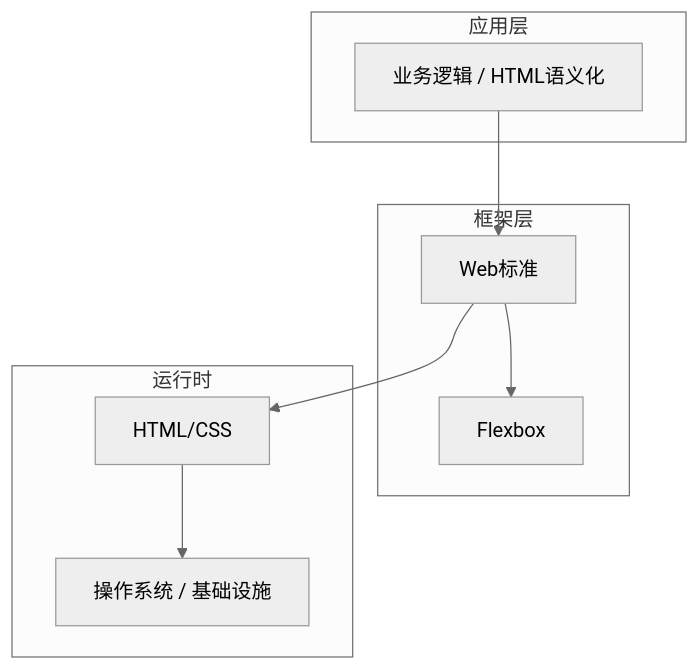
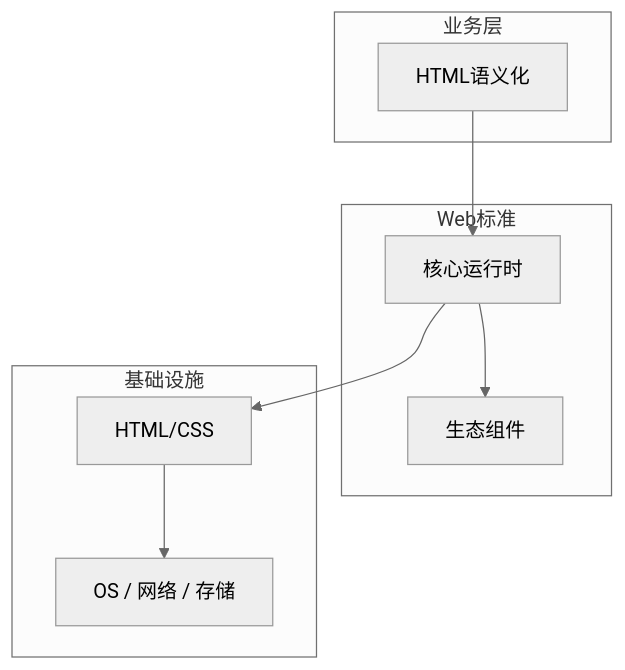
One commit to yanggan2015/knowledge-json-v2 changed the diagram in articles/HTML与CSS/chapters/009-HTML语义化核心概念与原理.md. Above: the diagram before and after it, drawn with Mermaid (neutral theme). The commit also changed other lines of this file and 10127 other files, not shown here.

````diff
--- a/articles/HTML与CSS/chapters/009-HTML语义化核心概念与原理.md
+++ b/articles/HTML与CSS/chapters/009-HTML语义化核心概念与原理.md
@@ -45,18 +34,18 @@
 ```mermaid
 graph TB
-    subgraph 应用层
-        A[业务逻辑 / HTML语义化]
+    subgraph 业务层
+        A[HTML语义化]
     end
-    subgraph 框架层
-        B[Web标准]
-        C[Flexbox]
+    subgraph Web标准
+        B[核心运行时]
+        C[生态组件]
     end
-    subgraph 运行时
+    subgraph 基础设施
         D[HTML/CSS]
-        E[操作系统 / 基础设施]
+        E[OS / 网络 / 存储]
     end
     A --> B
     B --> C
     B --> D
     D --> E
 ```
````
